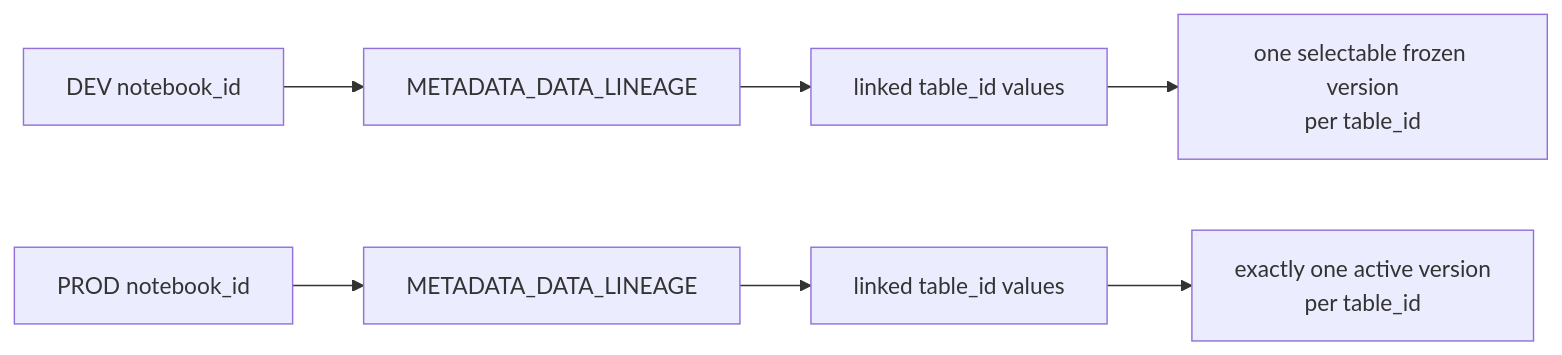
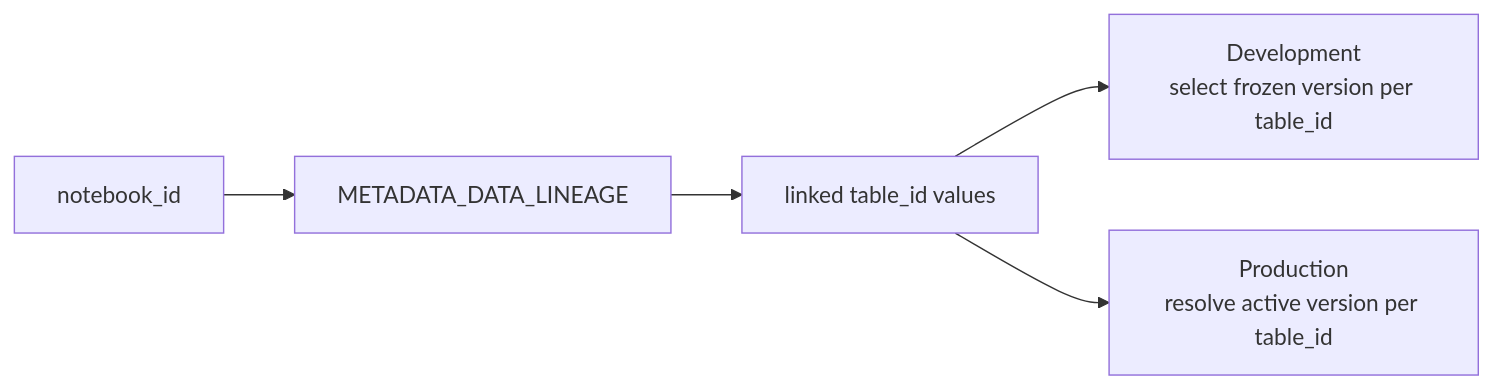
Before and after one commit to Voycepeh/FabricOps-Starter-Kit: the third of 3 diagrams in docs/how-fabricops-works.md, drawn with Mermaid. The commit also changed other lines of this file and 1 other file, not shown here.

Commit message:
docs: reduce Mermaid diagrams to core concepts

````diff
--- a/docs/how-fabricops-works.md
+++ b/docs/how-fabricops-works.md
@@ -376,5 +354,8 @@
-    ```mermaid
-    flowchart LR
-        DEVNB["DEV notebook_id"] --> DEVLINEAGE["METADATA_DATA_LINEAGE"] --> DEVTABLES["linked table_id values"] --> DEVSELECT["one selectable frozen version<br/>per table_id"]
-        PRODNB["PROD notebook_id"] --> PRODLINEAGE["METADATA_DATA_LINEAGE"] --> PRODTABLES["linked table_id values"] --> PRODACTIVE["exactly one active version<br/>per table_id"]
-    ```
+```mermaid
+flowchart LR
+    NB["notebook_id"] --> LIN["METADATA_DATA_LINEAGE"]
+    LIN --> T["linked table_id values"]
+
+    T --> DEV["Development<br/>select frozen version per table_id"]
+    T --> PROD["Production<br/>resolve active version per table_id"]
+```
````
